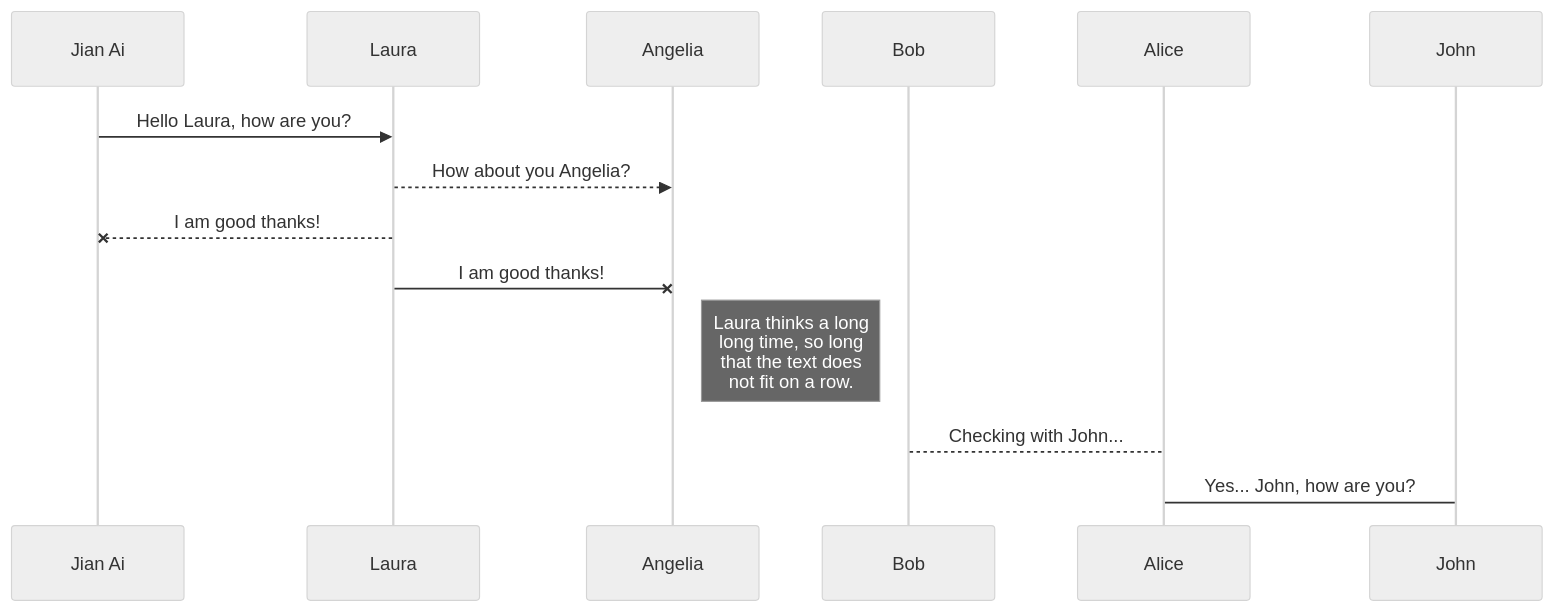
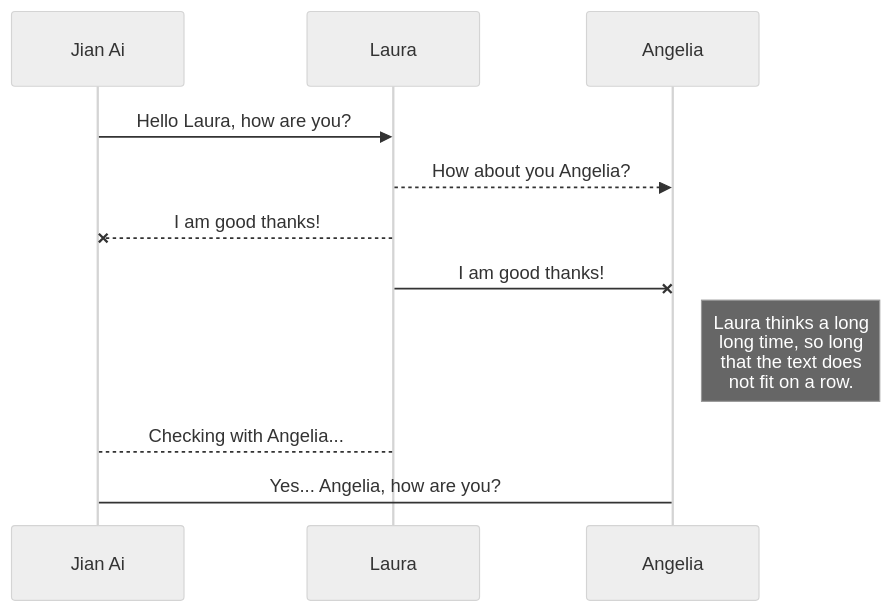
Before and after one commit to drshahizan/learn-github: the first of 2 diagrams in exercise/TIS/jianai1220/exer3.md, drawn with Mermaid (neutral theme).

````diff
--- a/exercise/TIS/jianai1220/exer3.md
+++ b/exercise/TIS/jianai1220/exer3.md
@@ -13,11 +13,11 @@
 ```mermaid
 sequenceDiagram
 Jian Ai ->> Laura: Hello Laura, how are you?
 Laura-->>Angelia: How about you Angelia?
 Laura--x Jian Ai: I am good thanks!
 Laura-x Angelia: I am good thanks!
 Note right of Angelia: Laura thinks a long<br/>long time, so long<br/>that the text does<br/>not fit on a row.
 
-Bob-->Alice: Checking with John...
-Alice->John: Yes... John, how are you?
+Laura-->Jian Ai: Checking with Angelia...
+Jian Ai->Angelia: Yes... Angelia, how are you?
 ```
````
